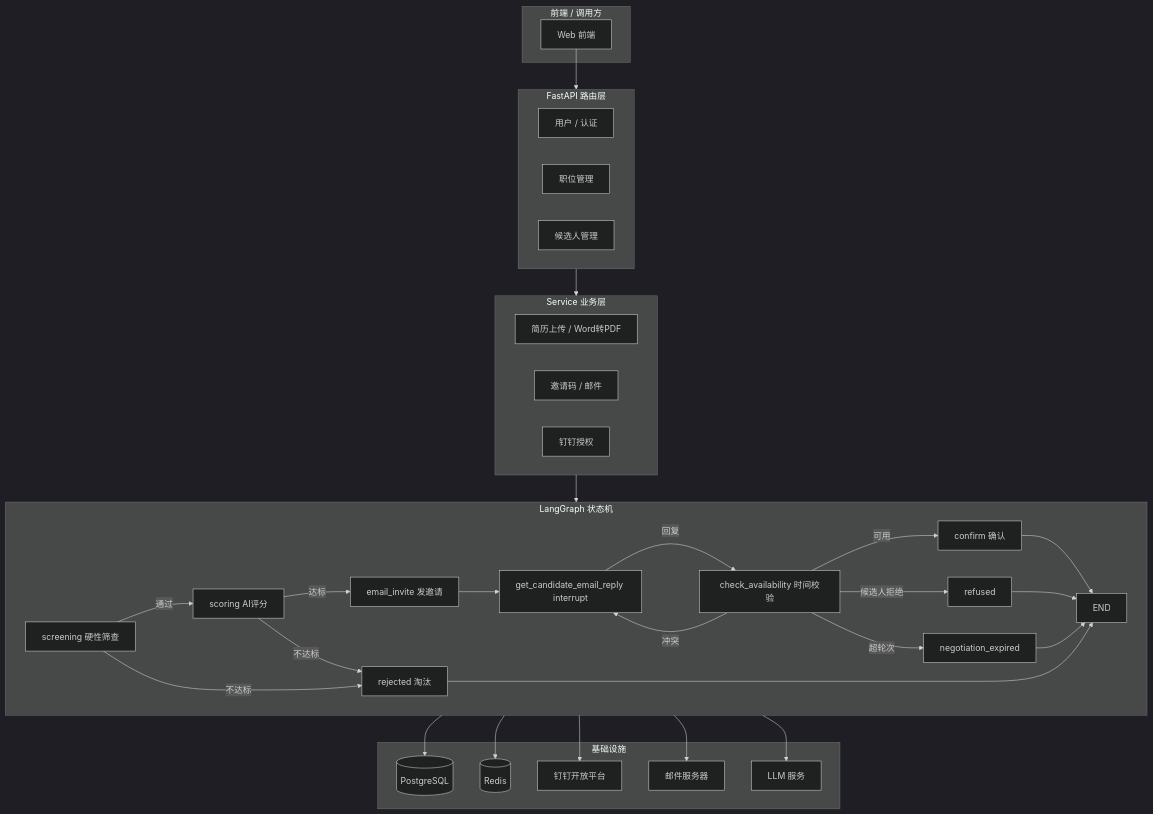
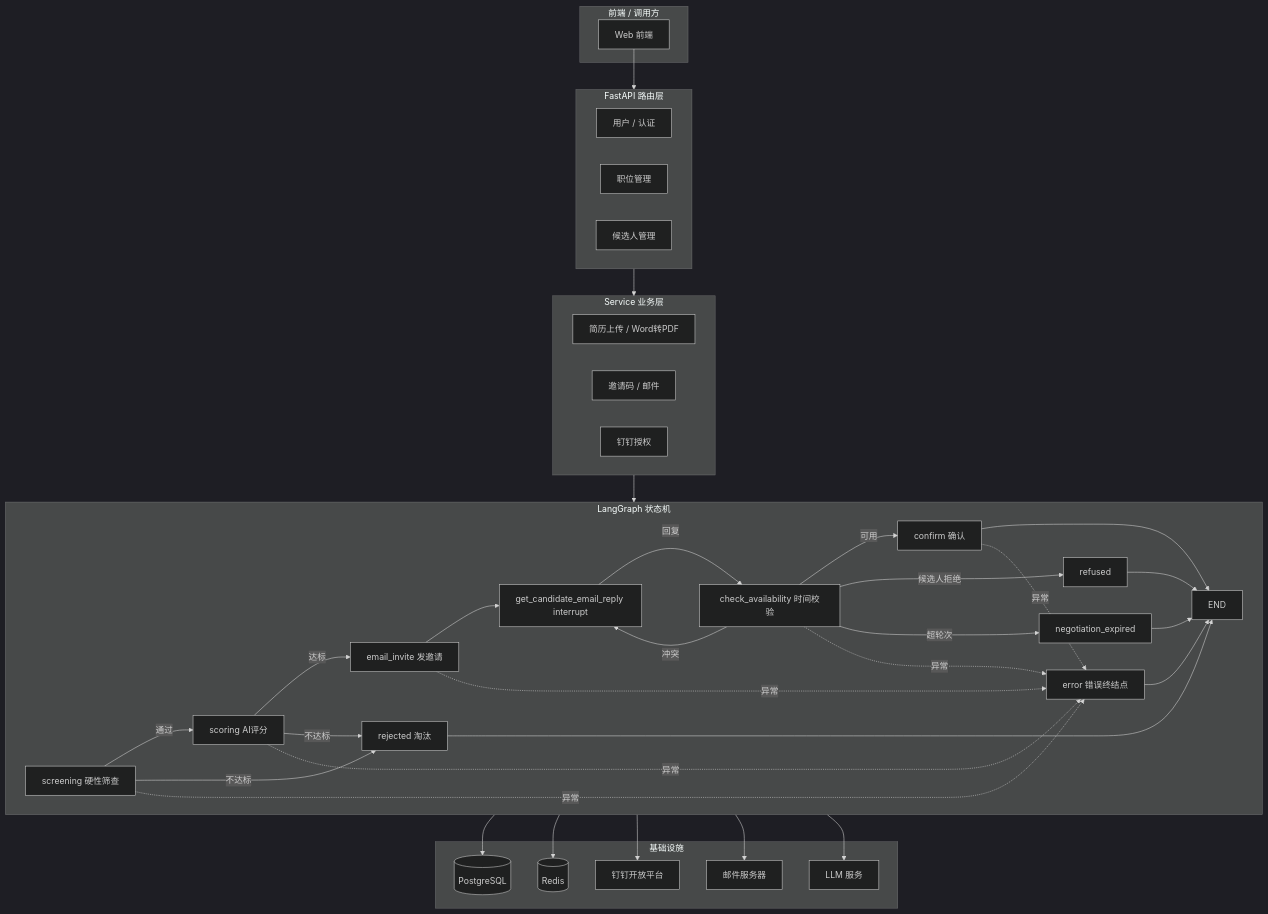
The diagram in README.md (1127-jw/SimpleHR), drawn with Mermaid (dark theme) before and after one commit. The commit also changed other lines of this file and 1 other file, not shown here.

````diff
--- a/README.md
+++ b/README.md
@@ -47,52 +49,58 @@
 ```mermaid
 flowchart TD
     subgraph Client["前端 / 调用方"]
         A[Web 前端]
     end
 
     subgraph API["FastAPI 路由层"]
         R1[用户 / 认证]
         R2[职位管理]
         R3[候选人管理]
     end
 
     subgraph Service["Service 业务层"]
         S1[简历上传 / Word转PDF]
         S2[邀请码 / 邮件]
         S3[钉钉授权]
     end
 
     subgraph Workflow["LangGraph 状态机"]
         W1[screening 硬性筛查] -->|通过| W2[scoring AI评分]
         W2 -->|达标| W3[email_invite 发邀请]
         W2 -->|不达标| W6[rejected 淘汰]
         W1 -->|不达标| W6
         W3 --> W4[get_candidate_email_reply interrupt]
         W4 -->|回复| W5[check_availability 时间校验]
         W5 -->|可用| W7[confirm 确认]
         W5 -->|冲突| W4
         W5 -->|候选人拒绝| W8[refused]
         W5 -->|超轮次| W9[negotiation_expired]
         W7 --> W10[END]
         W6 --> W10
         W8 --> W10
         W9 --> W10
+        W1 -.->|异常| WE[error 错误终结点]
+        W2 -.->|异常| WE
+        W3 -.->|异常| WE
+        W5 -.->|异常| WE
+        W7 -.->|异常| WE
+        WE --> W10
     end
 
     subgraph Infra["基础设施"]
         DB[(PostgreSQL)]
         RD[(Redis)]
         DT[钉钉开放平台]
         MAIL[邮件服务器]
         LLM[LLM 服务]
     end
 
     A --> API
     API --> Service
     Service --> Workflow
     Workflow --> DB
     Workflow --> RD
     Workflow --> DT
     Workflow --> MAIL
     Workflow --> LLM
 ```
````
